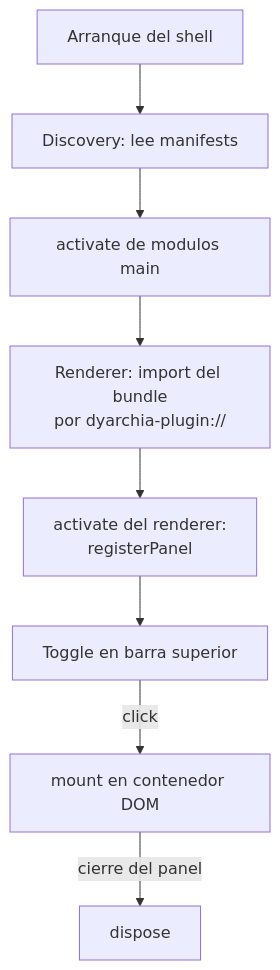
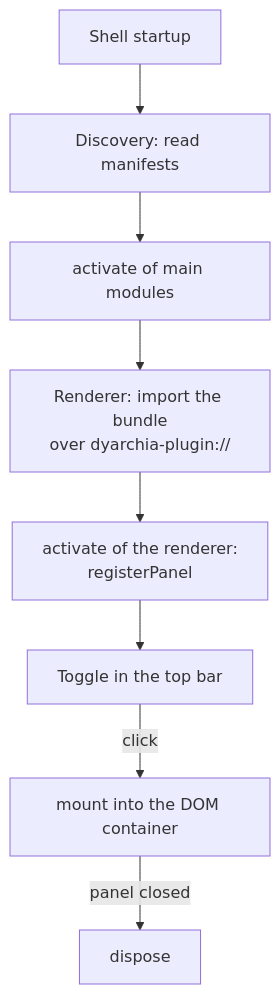
Before and after one commit to Dyarchia/dyarchia-desktop: the diagram in docs/plugins.md, drawn with Mermaid. The commit also changed other lines of this file and 1 other file, not shown here.

````diff
--- a/docs/plugins.md
+++ b/docs/plugins.md
@@ -165,10 +167,10 @@
 ```mermaid
 flowchart TD
-    A[Arranque del shell] --> B[Discovery: lee manifests]
-    B --> C[activate de modulos main]
-    C --> D[Renderer: import del bundle<br/>por dyarchia-plugin://]
-    D --> E[activate del renderer:<br/>registerPanel]
-    E --> F[Toggle en barra superior]
-    F -- "click" --> G[mount en contenedor DOM]
-    G -- "cierre del panel" --> H[dispose]
+    A[Shell startup] --> B[Discovery: read manifests]
+    B --> C[activate of main modules]
+    C --> D[Renderer: import the bundle<br/>over dyarchia-plugin://]
+    D --> E[activate of the renderer:<br/>registerPanel]
+    E --> F[Toggle in the top bar]
+    F -- "click" --> G[mount into the DOM container]
+    G -- "panel closed" --> H[dispose]
 ```
````
